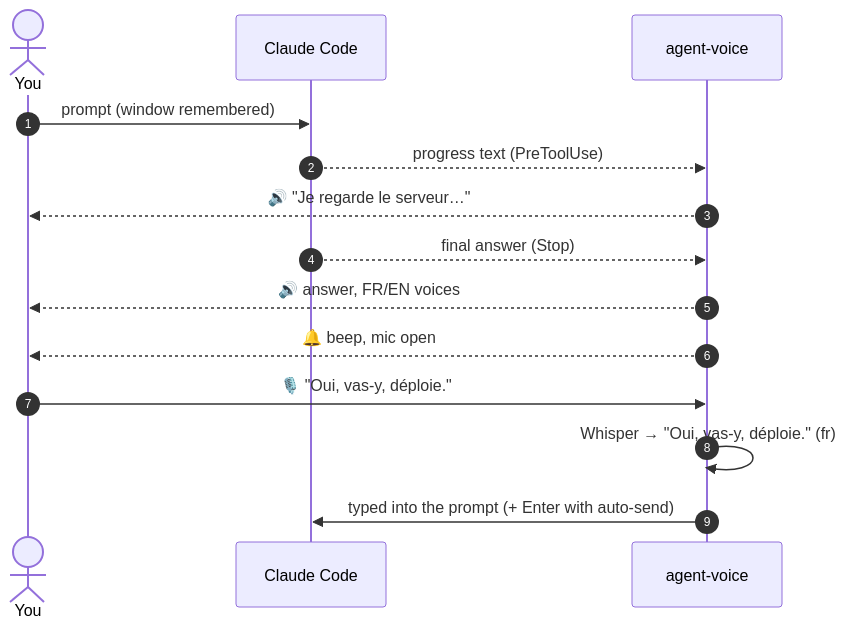
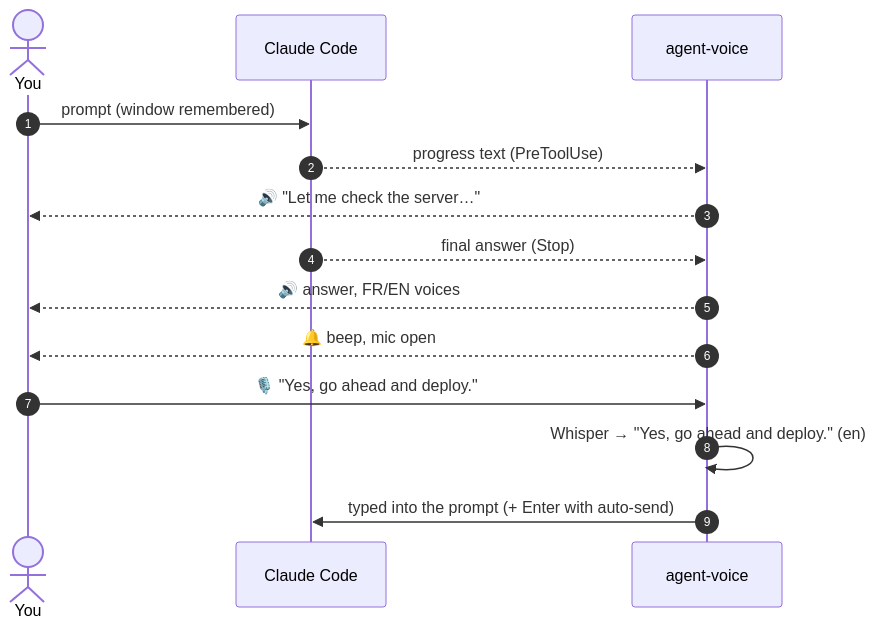
One commit to ElMastho/Agent-Voice changed the second of 2 diagrams in README.md. Above: the diagram before and after it, drawn with Mermaid. The commit also changed other lines of this file and 6 other files, not shown here.

Commit message:
Docs: English-only examples, diagrams and rendered images

````diff
--- a/README.md
+++ b/README.md
@@ -148,16 +148,16 @@
 ```mermaid
 sequenceDiagram
     autonumber
     actor You
     participant Agent as Claude Code
     participant AV as agent-voice
     You->>Agent: prompt (window remembered)
     Agent-->>AV: progress text (PreToolUse)
-    AV-->>You: 🔊 "Je regarde le serveur…"
+    AV-->>You: 🔊 "Let me check the server…"
     Agent-->>AV: final answer (Stop)
     AV-->>You: 🔊 answer, FR/EN voices
     AV-->>You: 🔔 beep, mic open
-    You->>AV: 🎙️ "Oui, vas-y, déploie."
-    AV->>AV: Whisper → "Oui, vas-y, déploie." (fr)
+    You->>AV: 🎙️ "Yes, go ahead and deploy."
+    AV->>AV: Whisper → "Yes, go ahead and deploy." (en)
     AV->>Agent: typed into the prompt (+ Enter with auto-send)
 ```
````
